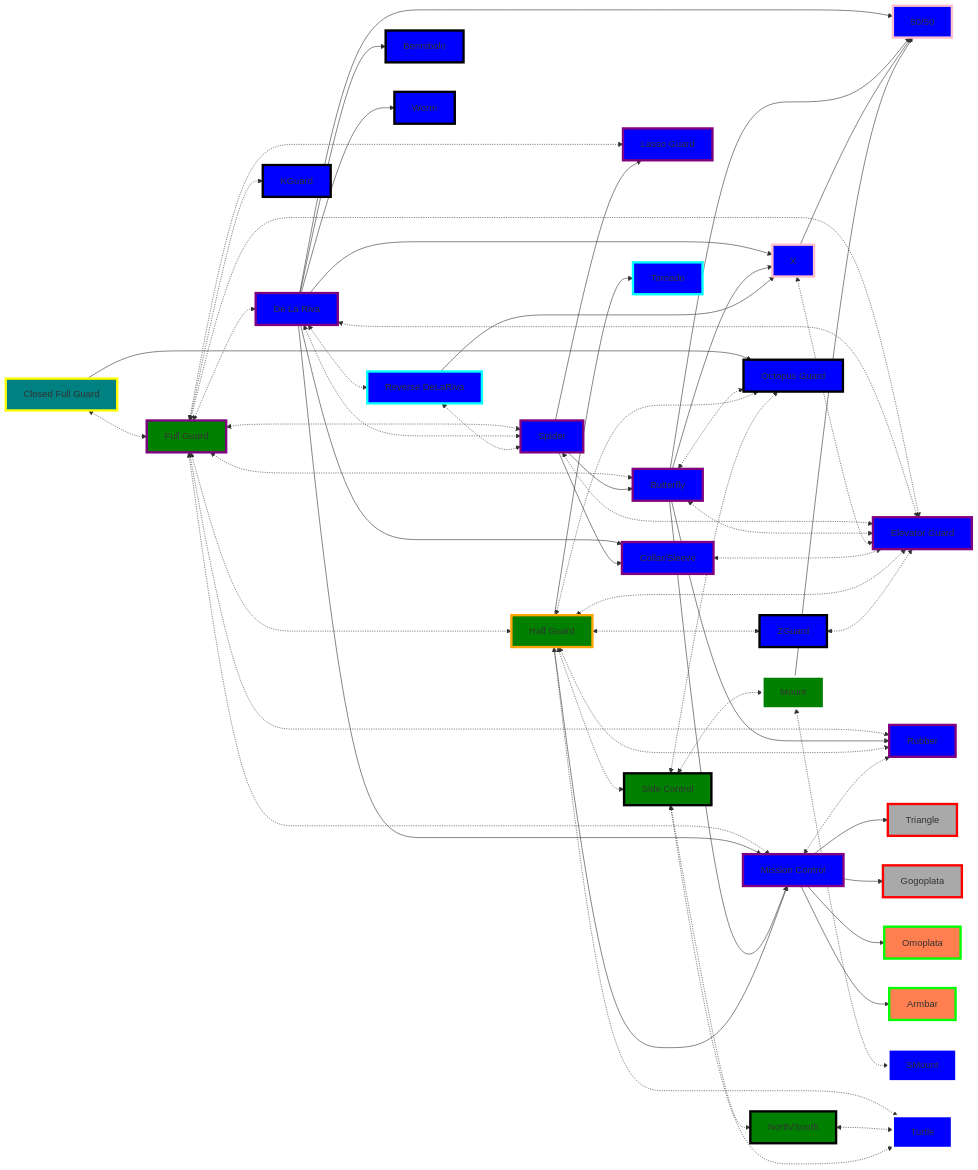
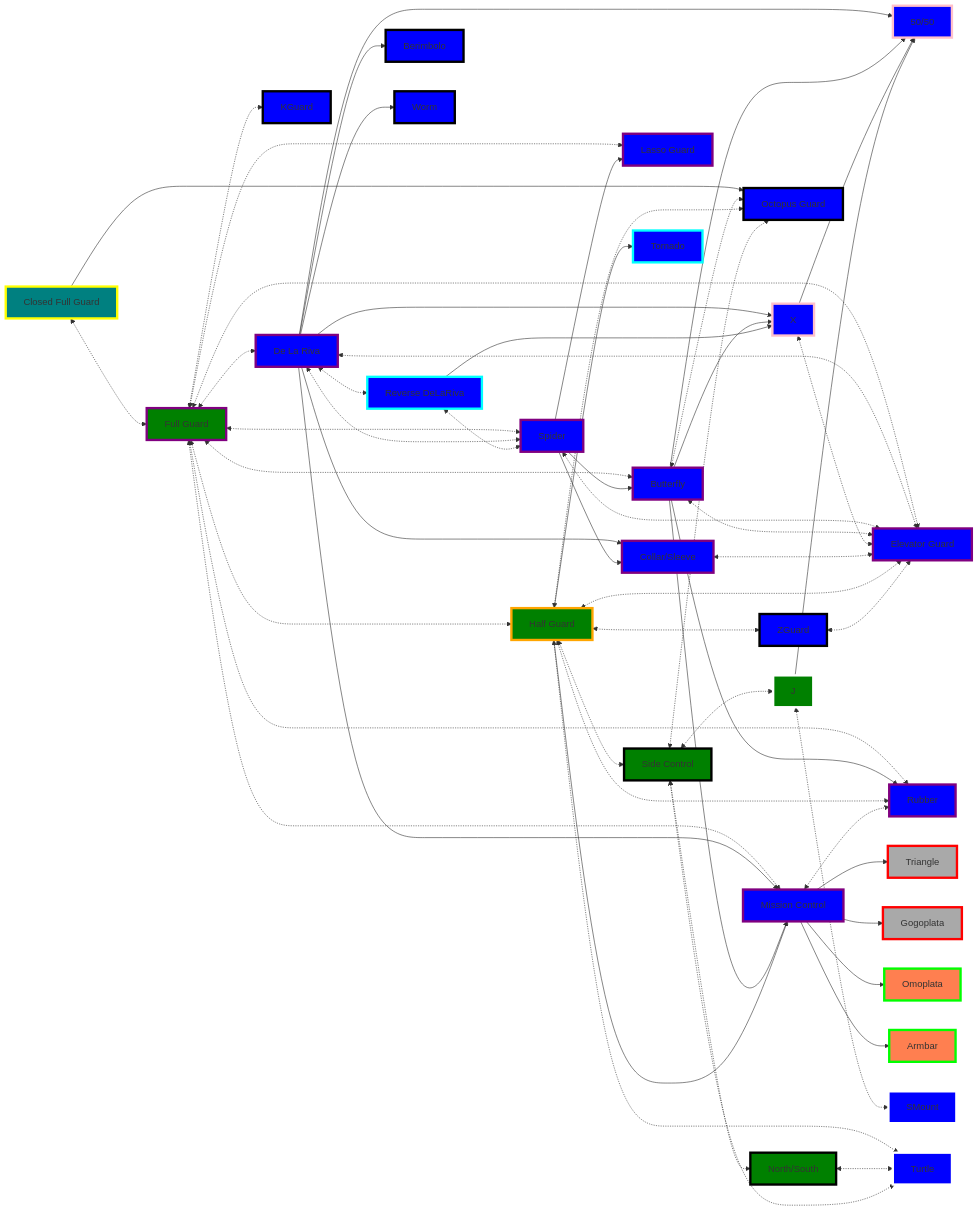
One commit to jacgit18/DevHiveMind changed the first of 4 diagrams in _Fitness/BJJ Priority Flows.md. Above: the diagram before and after it, drawn with Mermaid. The commit also changed 2 other files, not shown here.

Commit message:
M .obsidian/community-plugins.json  M "_Fitness/BJJ Priority Flows.md"  M _Fitness/MMA/Grappling/BJJ/Guards/ZGuard.md

````diff
--- a/_Fitness/BJJ Priority Flows.md
+++ b/_Fitness/BJJ Priority Flows.md
@@ -33,36 +33,5 @@
 ``` mermaid
 flowchart LR
-    A[Full Guard] 
-    B[De La Riva] 
-    C[Spider]
-    Closed[Closed Full Guard] 
-    D[Butterfly]
-    E[Lasso Guard]
-    F[X]
-	G[Collar/Sleeve]
-	H[Half Guard] 
-	I[Side Control] 
-	J[Mount] 
-	K[North/South] 
-	L[Reverse DeLaRiva] 
-	M[Berimbolo]
-	N[50/50]
-	O[Worm]
-	P[Tornado]
-	Q[Rubber]
-	R[Mission Control]
-	Z[ZGuard]
-	SMount[SMount]
-	Turtle[Turtle]
-	KGuard[KGuard]
-	OctopusGuard[Octopus Guard]
-	ElevatorGuard[Elevator Guard]
-
-	1[Triangle]
-	2[Gogoplata]
-	3[Omoplata]
-	4[Armbar]
-
 	A <-.-> KGuard
     A <-.-> B
     A <-.-> C
@@ -119,6 +88,37 @@
 	R --> 3 
 	R --> 4 
 	Z <-.-> ElevatorGuard
+
+	A[Full Guard] 
+	B[De La Riva] 
+	C[Spider]
+	Closed[Closed Full Guard] 
+	D[Butterfly]
+	E[Lasso Guard]
+	F[X]
+	G[Collar/Sleeve]
+	H[Half Guard] 
+	I[Side Control] 
+	
+	K[North/South] 
+	L[Reverse DeLaRiva] 
+	M[Berimbolo]
+	N[50/50]
+	O[Worm]
+	P[Tornado]
+	Q[Rubber]
+	R[Mission Control]
+	Z[ZGuard]
+	SMount[SMount]
+	Turtle[Turtle]
+	KGuard[KGuard]
+	OctopusGuard[Octopus Guard]
+	ElevatorGuard[Elevator Guard]
+	
+	1[Triangle]
+	2[Gogoplata]
+	3[Omoplata]
+	4[Armbar]
 
 style A fill:green,stroke:purple,stroke-width:4px,shadow:shadow
 
````
